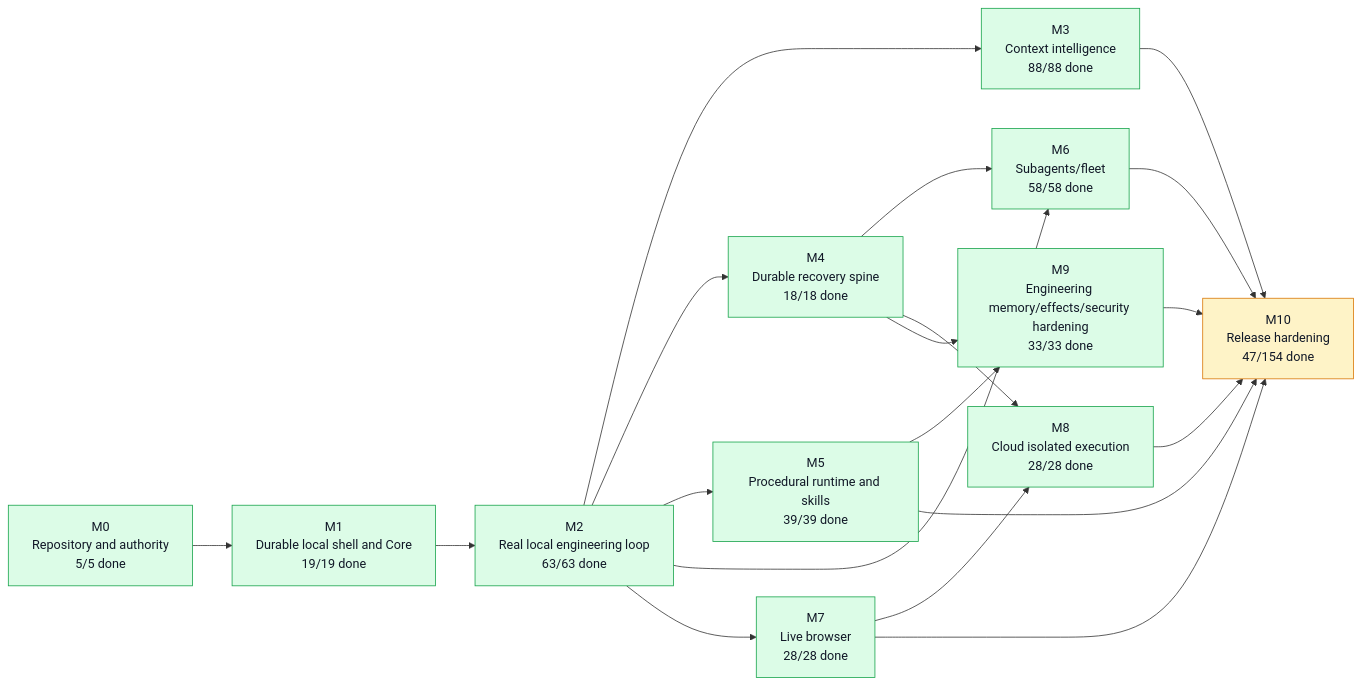
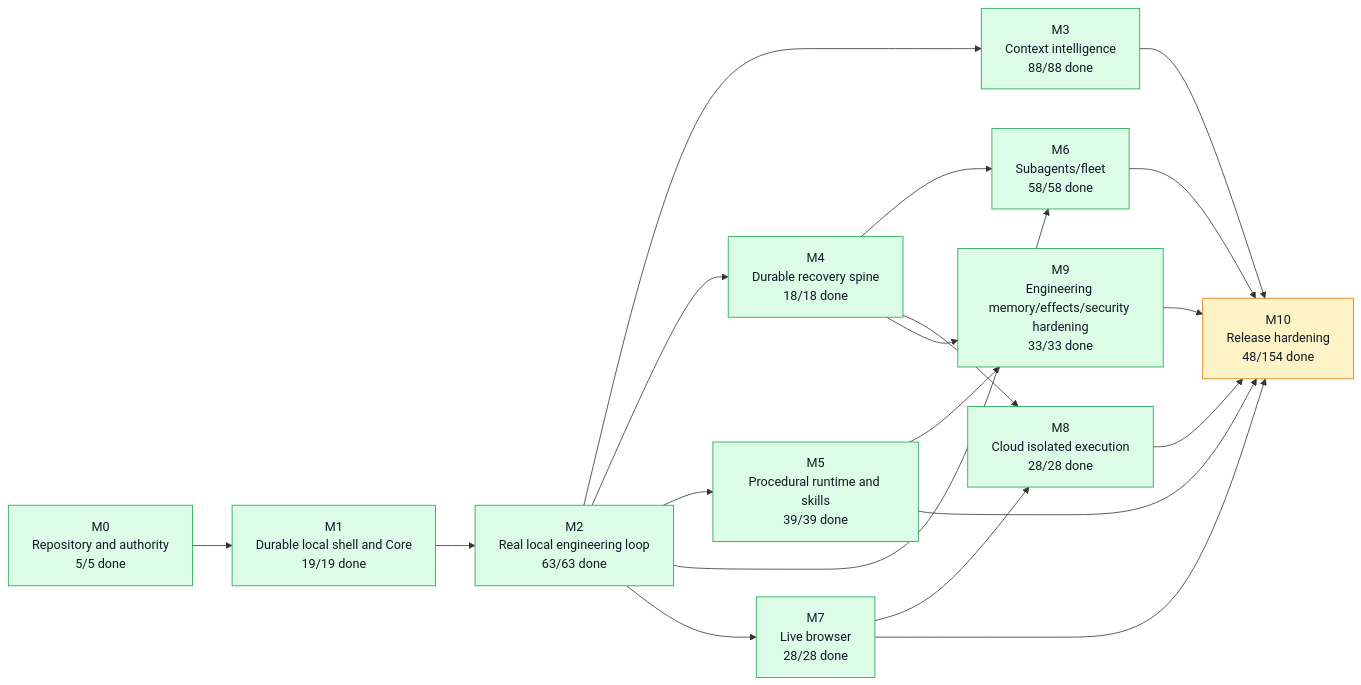
The first of 5 diagrams in graph/PROJECT_GRAPH.md (moss101/modbit), drawn with Mermaid before and after one commit. The commit also changed other lines of this file and 5 other files, not shown here.

````diff
--- a/graph/PROJECT_GRAPH.md
+++ b/graph/PROJECT_GRAPH.md
@@ -57,43 +57,43 @@
 ```mermaid
 flowchart LR
   M0["M0<br/>Repository and authority<br/>5/5 done"]
   M1["M1<br/>Durable local shell and Core<br/>19/19 done"]
   M2["M2<br/>Real local engineering loop<br/>63/63 done"]
   M3["M3<br/>Context intelligence<br/>88/88 done"]
   M4["M4<br/>Durable recovery spine<br/>18/18 done"]
   M5["M5<br/>Procedural runtime and skills<br/>39/39 done"]
   M6["M6<br/>Subagents/fleet<br/>58/58 done"]
   M7["M7<br/>Live browser<br/>28/28 done"]
   M8["M8<br/>Cloud isolated execution<br/>28/28 done"]
   M9["M9<br/>Engineering memory/effects/security hardening<br/>33/33 done"]
-  M10["M10<br/>Release hardening<br/>47/154 done"]
+  M10["M10<br/>Release hardening<br/>48/154 done"]
   M0 --> M1
   M1 --> M2
   M2 --> M3
   M2 --> M4
   M2 --> M5
   M2 --> M6
   M4 --> M6
   M2 --> M7
   M4 --> M8
   M7 --> M8
   M4 --> M9
   M5 --> M9
   M3 --> M10
   M5 --> M10
   M6 --> M10
   M7 --> M10
   M8 --> M10
   M9 --> M10
   style M0 fill:#dcfce7,stroke:#16a34a,color:#111827
   style M1 fill:#dcfce7,stroke:#16a34a,color:#111827
   style M2 fill:#dcfce7,stroke:#16a34a,color:#111827
   style M3 fill:#dcfce7,stroke:#16a34a,color:#111827
   style M4 fill:#dcfce7,stroke:#16a34a,color:#111827
   style M5 fill:#dcfce7,stroke:#16a34a,color:#111827
   style M6 fill:#dcfce7,stroke:#16a34a,color:#111827
   style M7 fill:#dcfce7,stroke:#16a34a,color:#111827
   style M8 fill:#dcfce7,stroke:#16a34a,color:#111827
   style M9 fill:#dcfce7,stroke:#16a34a,color:#111827
   style M10 fill:#fef3c7,stroke:#d97706,color:#111827
 ```
````
